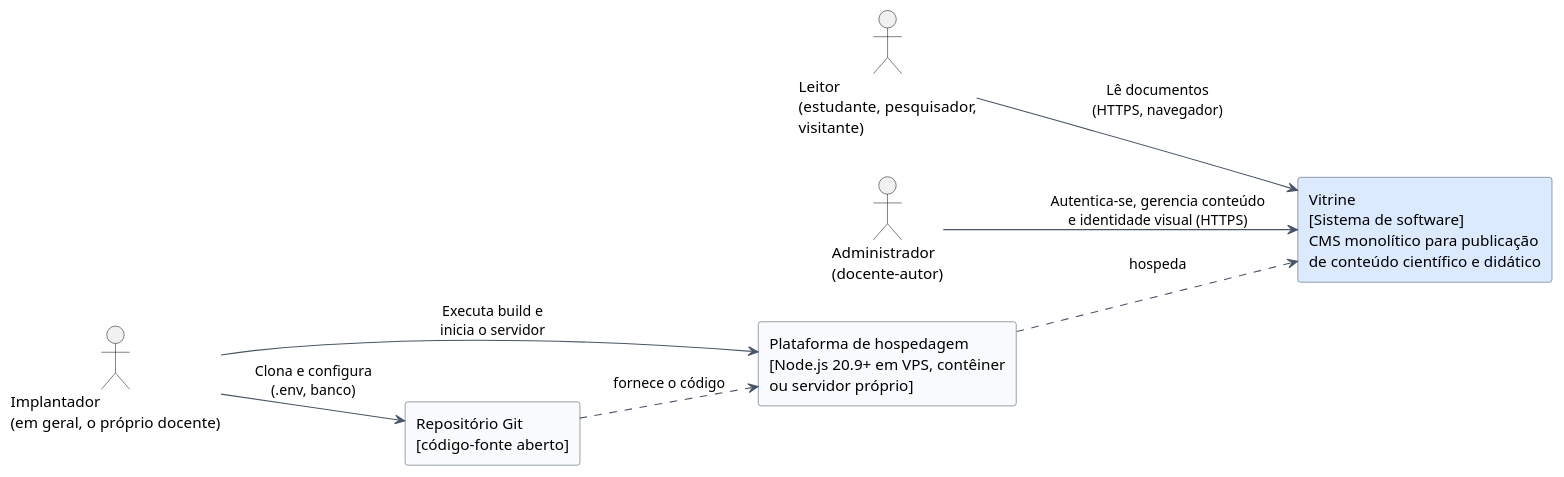
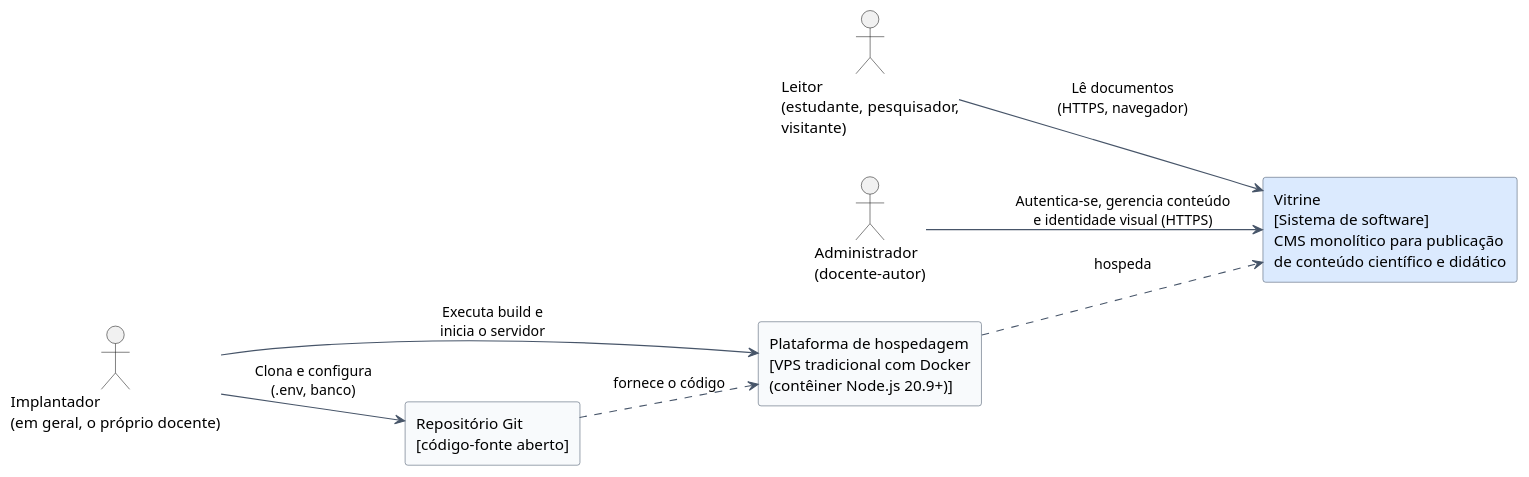
The diagram in doc/diagrams/src/arq-contexto.puml (fromcaio/vitrine), drawn with PlantUML before and after one commit. The commit also changed 29 other files, not shown here.

```diff
--- a/doc/diagrams/src/arq-contexto.puml
+++ b/doc/diagrams/src/arq-contexto.puml
@@ -1,30 +1,30 @@
 @startuml arq-contexto
 ' ===========================================================================
 ' Vitrine - Arquitetura: diagrama de contexto (nível 1 do modelo C4)
 ' Figura: fig:arq-contexto (doc/tex/capitulos/cap5_arquitetura.tex)
 ' ===========================================================================
 skinparam shadowing false
 skinparam defaultFontName Arial
 skinparam ArrowColor #475569
 skinparam rectangle {
   BackgroundColor #F8FAFC
   BorderColor #475569
 }
 left to right direction
 
 actor "Leitor\n(estudante, pesquisador,\nvisitante)" as Leitor
 actor "Administrador\n(docente-autor)" as Admin
 actor "Implantador\n(em geral, o próprio docente)" as Impl
 
 rectangle "Vitrine\n[Sistema de software]\nCMS monolítico para publicação\nde conteúdo científico e didático" as Vitrine #DBEAFE
 
-rectangle "Plataforma de hospedagem\n[Node.js 20.9+ em VPS, contêiner\nou servidor próprio]" as Host
+rectangle "Plataforma de hospedagem\n[VPS tradicional com Docker\n(contêiner Node.js 20.9+)]" as Host
 rectangle "Repositório Git\n[código-fonte aberto]" as Repo
 
 Leitor --> Vitrine : Lê documentos\n(HTTPS, navegador)
 Admin --> Vitrine : Autentica-se, gerencia conteúdo\ne identidade visual (HTTPS)
 Impl --> Repo : Clona e configura\n(.env, banco)
 Impl --> Host : Executa build e\ninicia o servidor
 Host ..> Vitrine : hospeda
 Repo ..> Host : fornece o código
 @enduml
```
